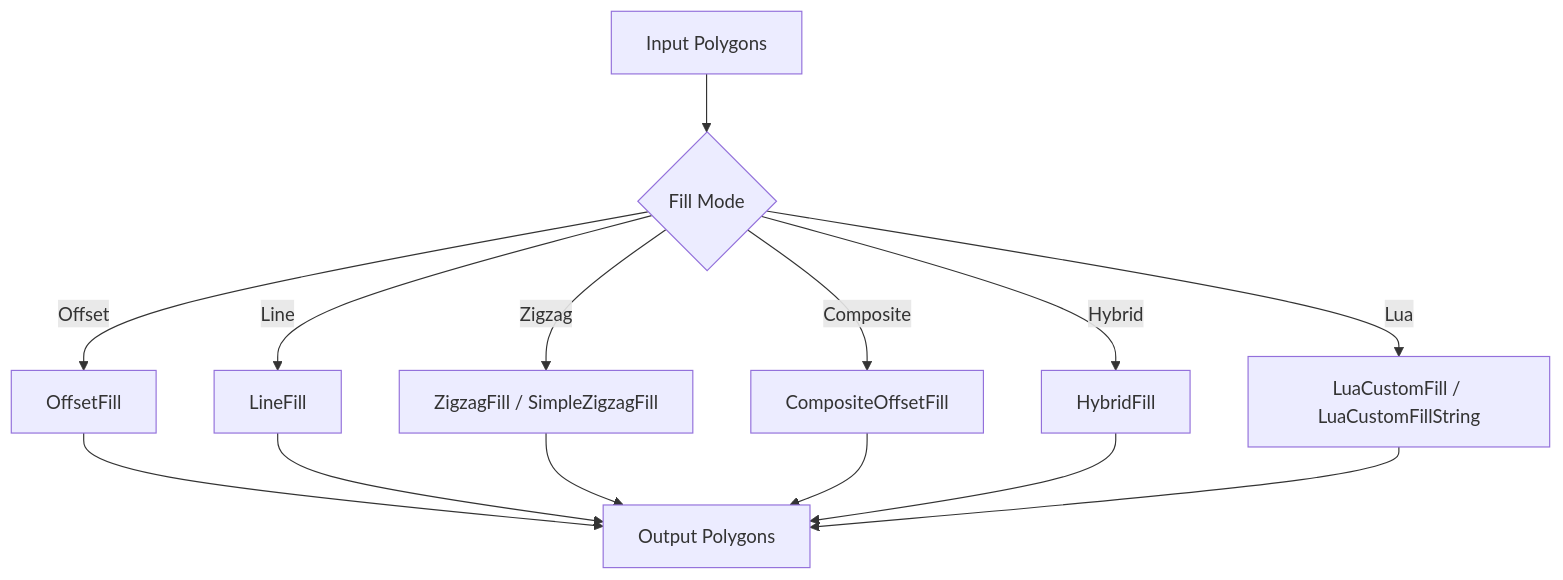
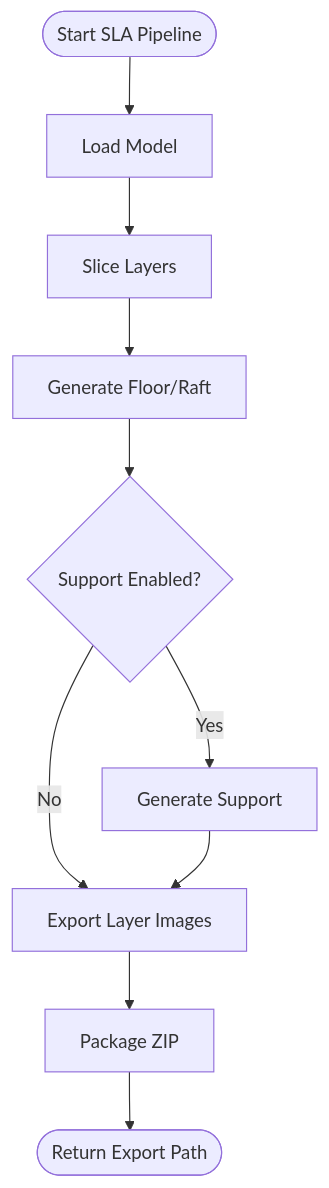
The fifth of 12 diagrams in .qoder/repowiki/en/content/Advanced Features/Advanced Features.md (hsmbanlance/HsBaSlicer), drawn with Mermaid before and after one commit. The commit also changed other lines of this file and 1135 other files, not shown here.

````diff
--- a/.qoder/repowiki/en/content/Advanced Features/Advanced Features.md
+++ b/.qoder/repowiki/en/content/Advanced Features/Advanced Features.md
@@ -330,16 +410,12 @@
 ```mermaid
 flowchart TD
-Input["Input Polygons"] --> Mode{"Fill Mode"}
-Mode --> |Offset| Offset["OffsetFill"]
-Mode --> |Line| Line["LineFill"]
-Mode --> |Zigzag| Zig["ZigzagFill / SimpleZigzagFill"]
-Mode --> |Composite| Comp["CompositeOffsetFill"]
-Mode --> |Hybrid| Hyb["HybridFill"]
-Mode --> |Lua| Lua["LuaCustomFill / LuaCustomFillString"]
-Offset --> Output["Output Polygons"]
-Line --> Output
-Zig --> Output
-Comp --> Output
-Hyb --> Output
-Lua --> Output
+Start(["Start SLA Pipeline"]) --> Load["Load Model"]
+Load --> Slice["Slice Layers"]
+Slice --> Floor["Generate Floor/Raft"]
+Floor --> Support{"Support Enabled?"}
+Support --> |Yes| GenSupport["Generate Support"]
+Support --> |No| Export["Export Layer Images"]
+GenSupport --> Export
+Export --> Zip["Package ZIP"]
+Zip --> End(["Return Export Path"])
 ```
````
